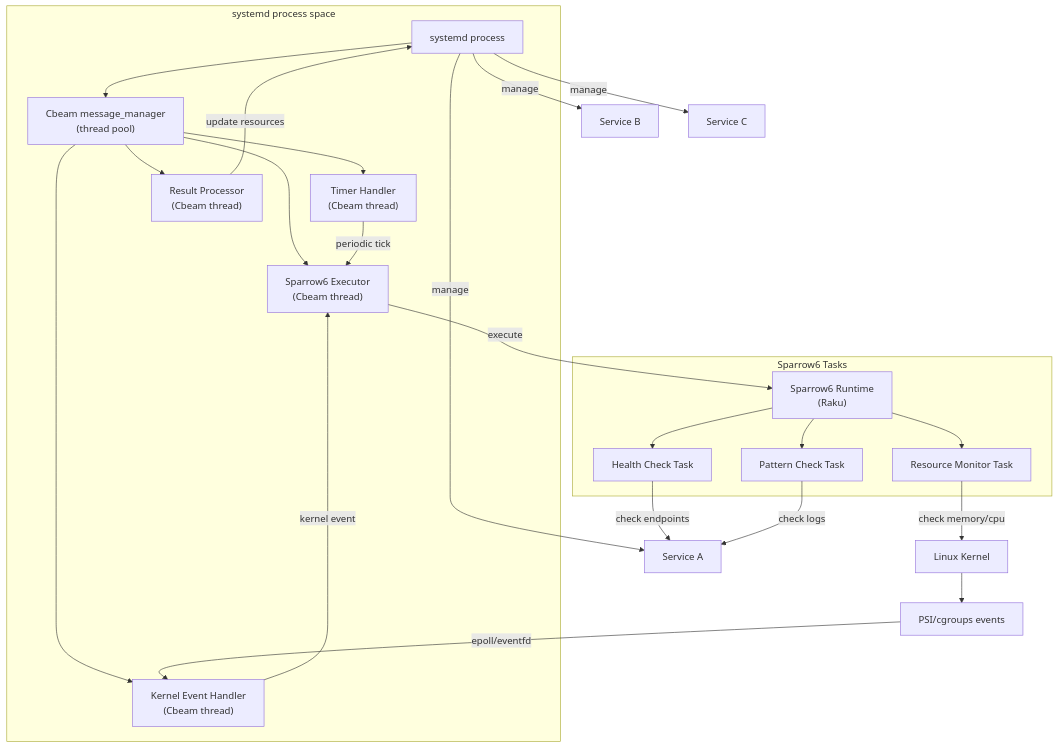
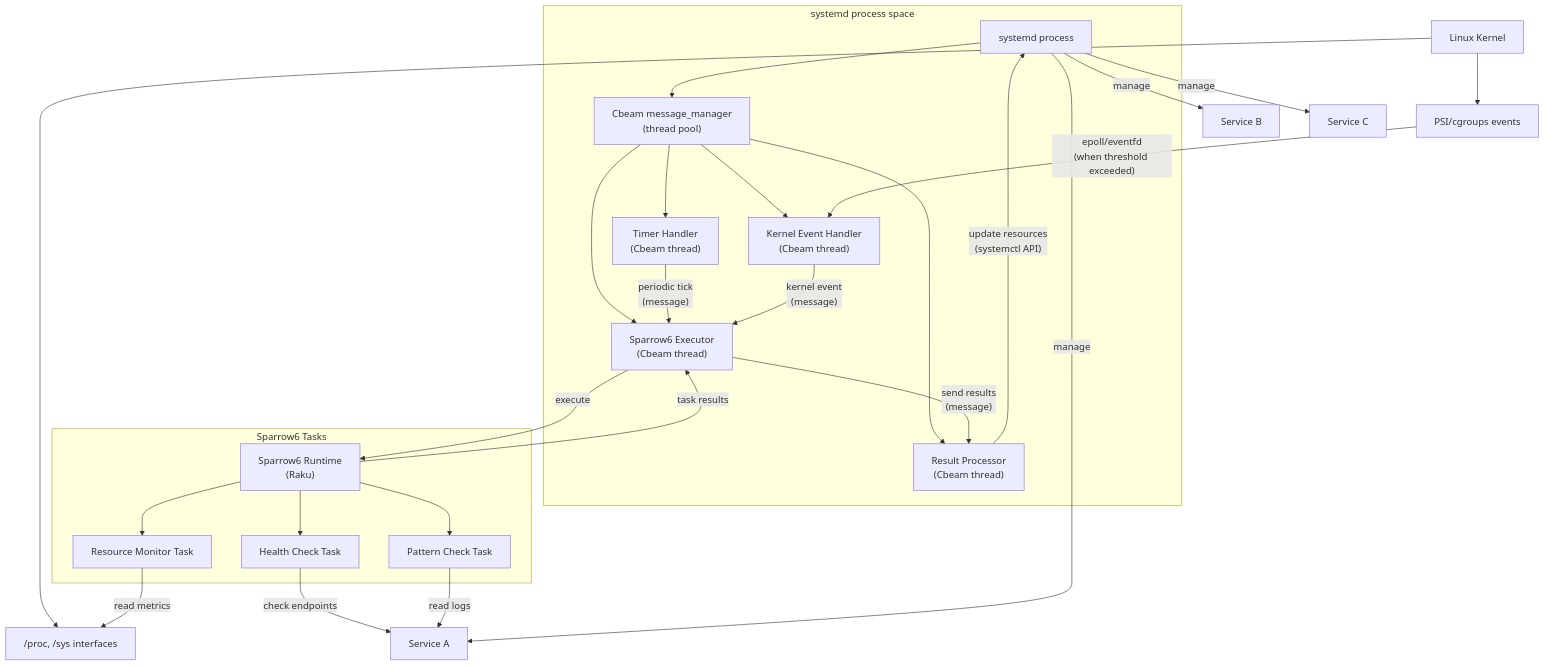
The diagram in README.md (acrion/systemd-sparrow), drawn with Mermaid before and after one commit.

Commit message:
fixed design

````diff
--- a/README.md
+++ b/README.md
@@ -247,48 +247,56 @@
 ```mermaid
 graph TD
     A["systemd process"]
     B["Cbeam message_manager<br/>(thread pool)"]
     C["Timer Handler<br/>(Cbeam thread)"]
     D["Kernel Event Handler<br/>(Cbeam thread)"]
     E["Sparrow6 Executor<br/>(Cbeam thread)"]
     F["Result Processor<br/>(Cbeam thread)"]
     G["Linux Kernel"]
     H["PSI/cgroups events"]
     I["Service A"]
     J["Service B"]
     K["Service C"]
     L["Sparrow6 Runtime<br/>(Raku)"]
     M["Resource Monitor Task"]
     N["Health Check Task"]
     O["Pattern Check Task"]
+    P["/proc, /sys interfaces"]
     
     subgraph "systemd process space"
         A --> B
         B --> C
         B --> D
         B --> E
         B --> F
     end
     
-    C -->|periodic tick| E
-    D -->|kernel event| E
-    
     subgraph "Sparrow6 Tasks"
         E -->|execute| L
         L --> M
         L --> N
         L --> O
     end
     
+    %% Monitoring triggers
+    C -->|"periodic tick<br/>(message)"| E
+    D -->|"kernel event<br/>(message)"| E
+    
+    %% Kernel interactions
     G --> H
-    H -->|epoll/eventfd| D
+    H -->|"epoll/eventfd<br/>(when threshold exceeded)"| D
+    G --> P
+    M -->|"read metrics"| P
+    N -->|"check endpoints"| I
+    O -->|"read logs"| I
     
-    F -->|update resources| A
+    %% Results flow
+    L -->|"task results"| E
+    E -->|"send results<br/>(message)"| F
+    F -->|"update resources<br/>(systemctl API)"| A
+    
+    %% Service management
     A -->|manage| I
     A -->|manage| J
     A -->|manage| K
-    
-    M -->|check memory/cpu| G
-    N -->|check endpoints| I
-    O -->|check logs| I
 ```
````
